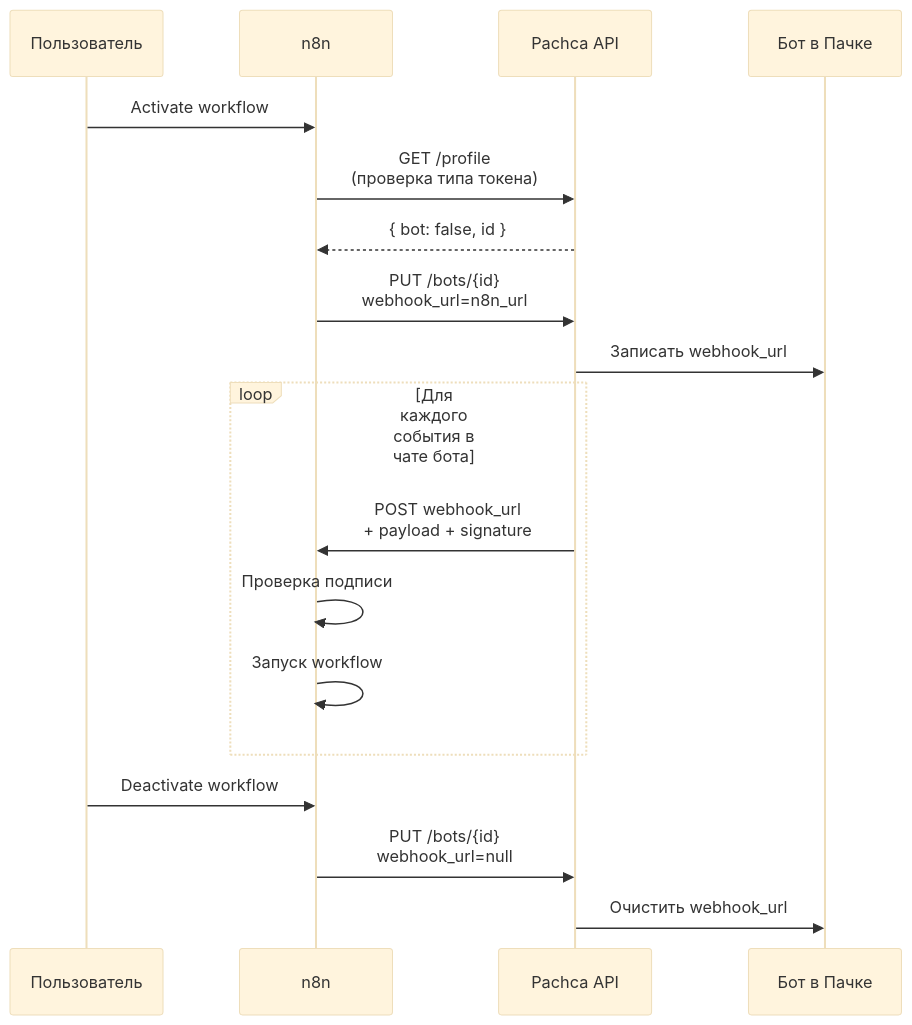
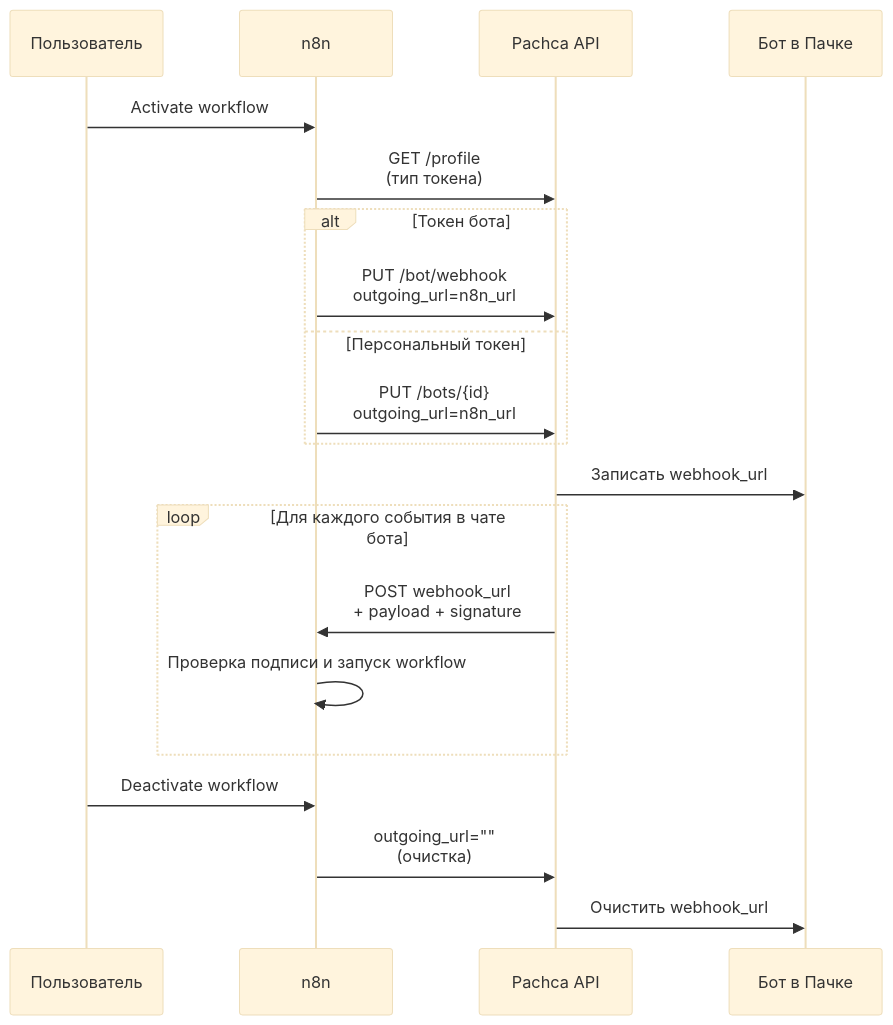
The diagram in apps/docs/public/guides/n8n/trigger.md (pachca/openapi), drawn with Mermaid (base theme) before and after one commit. The commit also changed other lines of this file and 153 other files, not shown here.

Commit message:
API-аудит 2026-06-16: скоупы ботов, PUT /bot/webhook, нейминг методов, n8n self-registration (#259)

````diff
--- a/apps/docs/public/guides/n8n/trigger.md
+++ b/apps/docs/public/guides/n8n/trigger.md
@@ -168,23 +168,25 @@
 ```mermaid
 sequenceDiagram
     participant User as Пользователь
     participant n8n
     participant Pachca as Pachca API
     participant Bot as Бот в Пачке
 
     User->>n8n: Activate workflow
-    n8n->>Pachca: GET /profile<br/>(проверка типа токена)
-    Pachca-->>n8n: { bot: false, id }
-    n8n->>Pachca: PUT /bots/{id}<br/>webhook_url=n8n_url
+    n8n->>Pachca: GET /profile<br/>(тип токена)
+    alt Токен бота
+        n8n->>Pachca: PUT /bot/webhook<br/>outgoing_url=n8n_url
+    else Персональный токен
+        n8n->>Pachca: PUT /bots/{id}<br/>outgoing_url=n8n_url
+    end
     Pachca->>Bot: Записать webhook_url
 
     loop Для каждого события в чате бота
         Pachca->>n8n: POST webhook_url<br/>+ payload + signature
-        n8n->>n8n: Проверка подписи
-        n8n->>n8n: Запуск workflow
+        n8n->>n8n: Проверка подписи и запуск workflow
     end
 
     User->>n8n: Deactivate workflow
-    n8n->>Pachca: PUT /bots/{id}<br/>webhook_url=null
+    n8n->>Pachca: outgoing_url=""<br/>(очистка)
     Pachca->>Bot: Очистить webhook_url
 ```
````
